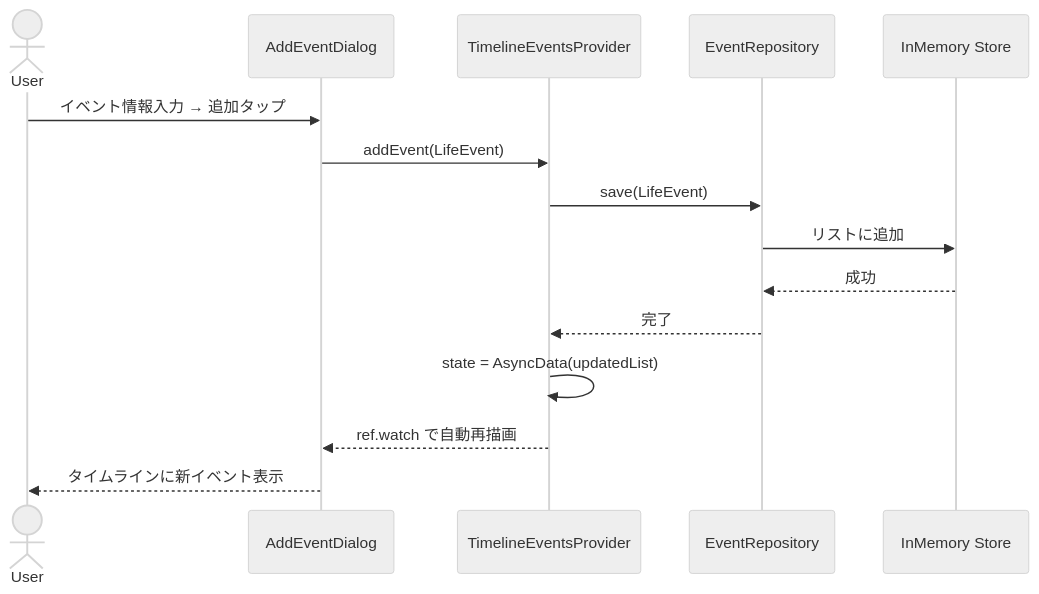
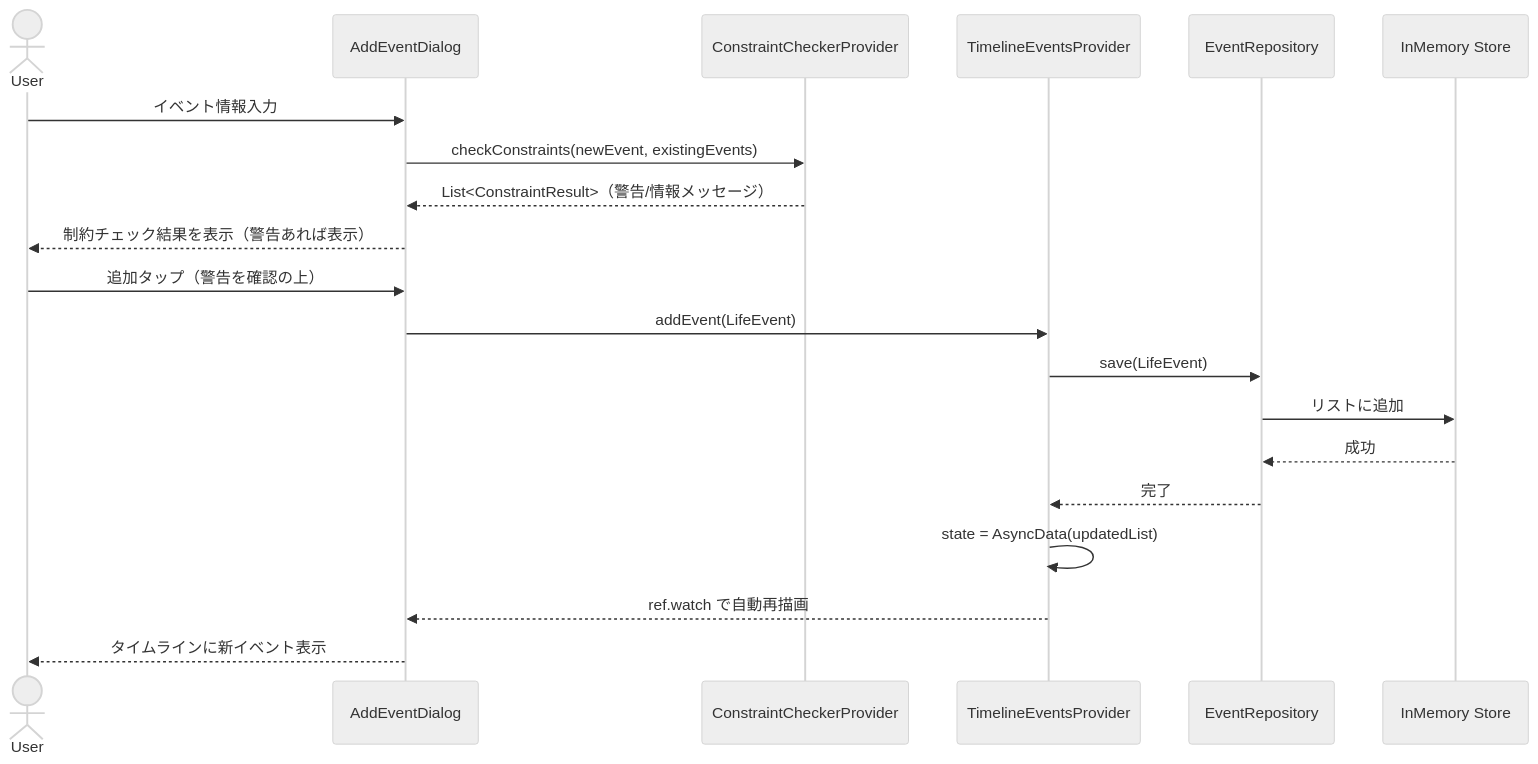
Before and after one commit to vdnih/life-compass-tokyo: the second of 3 diagrams in docs/SOFTWARE_ARCHITECTURE.md, drawn with Mermaid (neutral theme). The commit also changed other lines of this file and 24 other files, not shown here.

````diff
--- a/docs/SOFTWARE_ARCHITECTURE.md
+++ b/docs/SOFTWARE_ARCHITECTURE.md
@@ -109,18 +128,23 @@
 ```mermaid
 sequenceDiagram
     actor User
     participant UI as AddEventDialog
+    participant Checker as ConstraintCheckerProvider
     participant Logic as TimelineEventsProvider
     participant Data as EventRepository
     participant Store as InMemory Store
 
-    User->>UI: イベント情報入力 → 追加タップ
+    User->>UI: イベント情報入力
+    UI->>Checker: checkConstraints(newEvent, existingEvents)
+    Checker-->>UI: List<ConstraintResult>（警告/情報メッセージ）
+    UI-->>User: 制約チェック結果を表示（警告あれば表示）
+    User->>UI: 追加タップ（警告を確認の上）
     UI->>Logic: addEvent(LifeEvent)
     Logic->>Data: save(LifeEvent)
     Data->>Store: リストに追加
     Store-->>Data: 成功
     Data-->>Logic: 完了
     Logic->>Logic: state = AsyncData(updatedList)
     Logic-->>UI: ref.watch で自動再描画
     UI-->>User: タイムラインに新イベント表示
 ```
````
